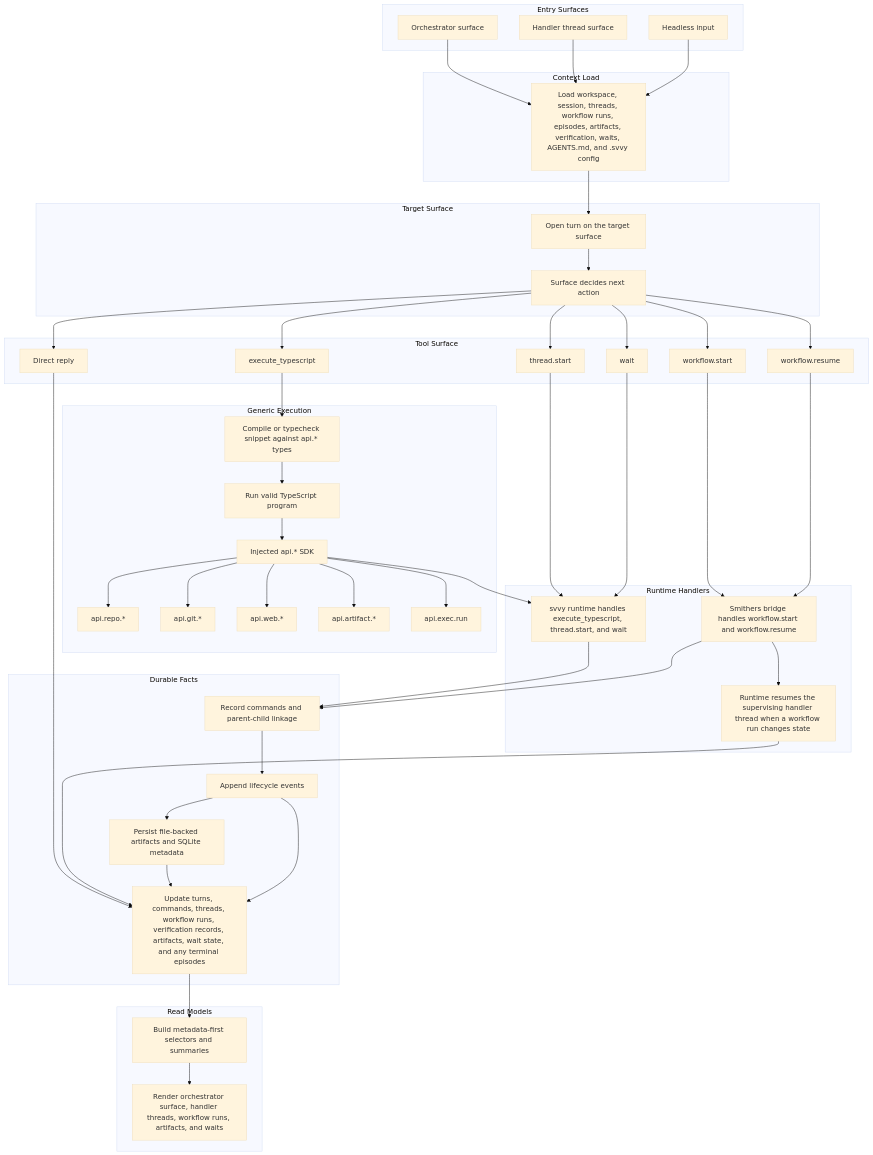
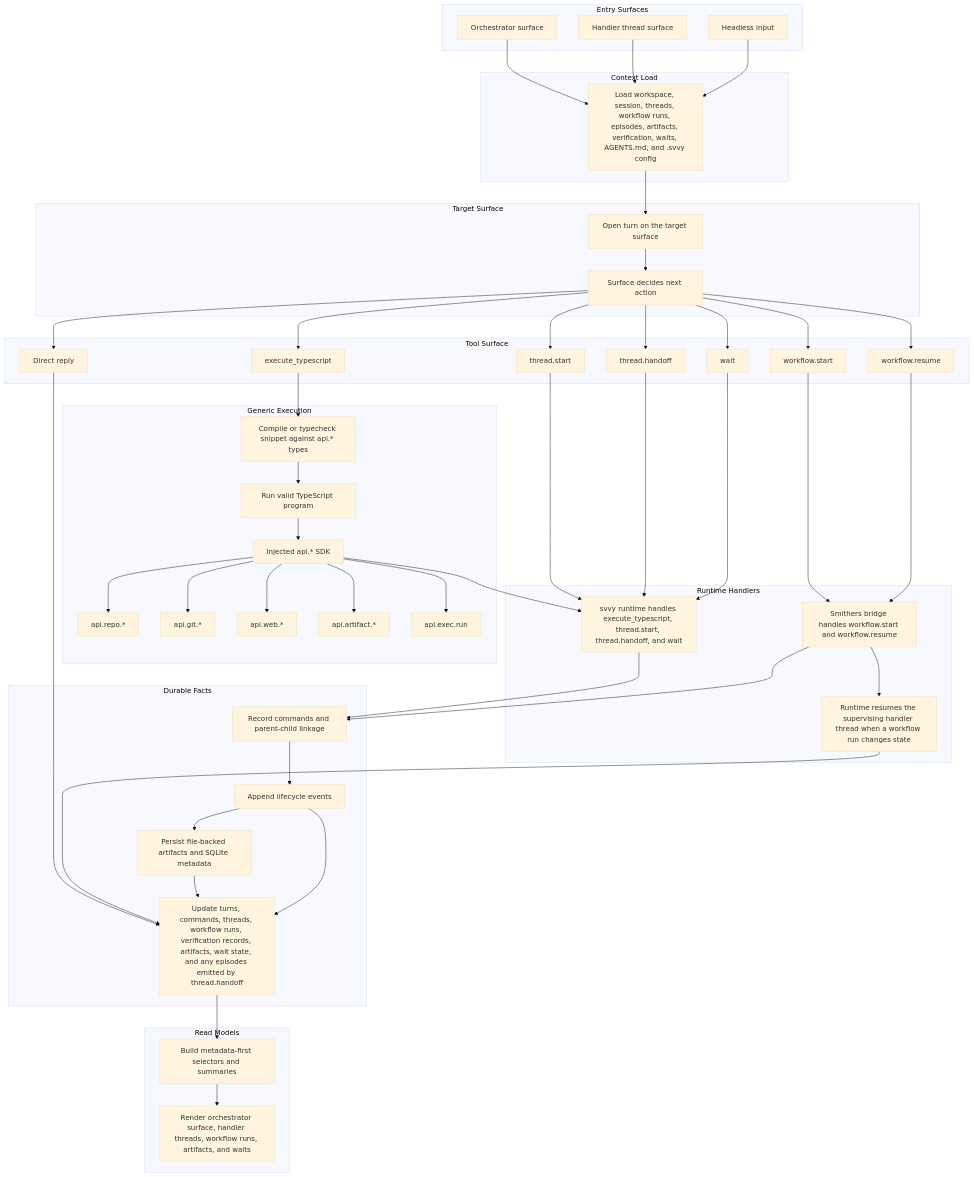
The diagram in docs/execution-model.md (0xpolarzero/hellm), drawn with Mermaid (base theme) before and after one commit. The commit also changed other lines of this file and 15 other files, not shown here.

Commit message:
feat: add explicit thread handoff lifecycle

```diff
--- a/docs/execution-model.md
+++ b/docs/execution-model.md
@@ -47,6 +47,7 @@
     subgraph Tools["Tool Surface"]
         Generic["execute_typescript"]
         ThreadStart["thread.start"]
+        ThreadHandoff["thread.handoff"]
         WorkflowStart["workflow.start"]
         WorkflowResume["workflow.resume"]
         Wait["wait"]
@@ -65,7 +66,7 @@
     end
 
     subgraph Runtime["Runtime Handlers"]
-        RuntimeHandler["svvy runtime handles execute_typescript, thread.start, and wait"]
+        RuntimeHandler["svvy runtime handles execute_typescript, thread.start, thread.handoff, and wait"]
         SmithersBridge["Smithers bridge handles workflow.start and workflow.resume"]
         ResumeHandler["Runtime resumes the supervising handler thread when a workflow run changes state"]
     end
@@ -74,7 +75,7 @@
         Commands["Record commands and parent-child linkage"]
         Events["Append lifecycle events"]
         Artifacts["Persist file-backed artifacts and SQLite metadata"]
-        State["Update turns, commands, threads, workflow runs, verification records, artifacts, wait state, and any terminal episodes"]
+        State["Update turns, commands, threads, workflow runs, verification records, artifacts, wait state, and any episodes emitted by thread.handoff"]
     end
 
     subgraph ReadModels["Read Models"]
@@ -91,6 +92,7 @@
 
     Decide --> Generic
     Decide --> ThreadStart
+    Decide --> ThreadHandoff
     Decide --> WorkflowStart
     Decide --> WorkflowResume
     Decide --> Wait
@@ -107,6 +109,7 @@
     Api --> RuntimeHandler
 
     ThreadStart --> RuntimeHandler
+    ThreadHandoff --> RuntimeHandler
     WorkflowStart --> SmithersBridge
     WorkflowResume --> SmithersBridge
     Wait --> RuntimeHandler
```
